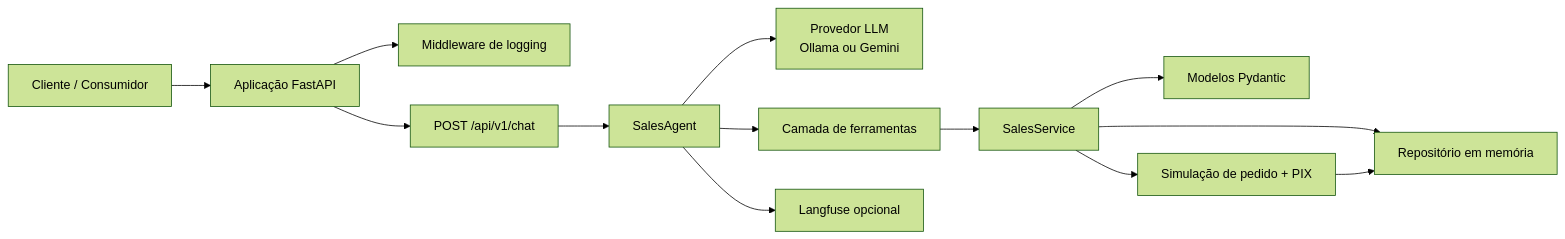
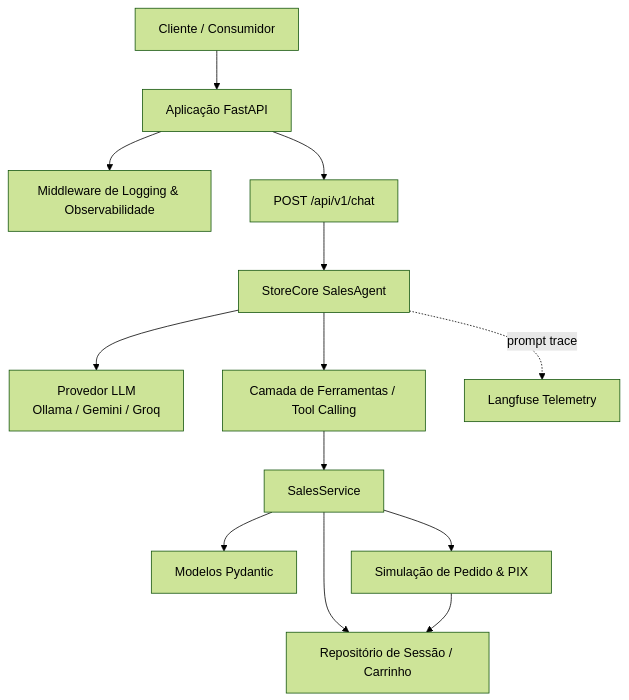
One commit to cayoesn/llm-sales-agent changed the diagram in README.md. Above: the diagram before and after it, drawn with Mermaid (forest theme). The commit also changed other lines of this file and 4 other files, not shown here.

First line of the commit message:
feat: initialize premium Conversational Commerce Sales Agent

````diff
--- a/README.md
+++ b/README.md
@@ -18,15 +30,15 @@
 ```mermaid
-flowchart LR
+flowchart TD
     Cliente[Cliente / Consumidor] --> API[Aplicação FastAPI]
-    API --> MW[Middleware de logging]
+    API --> MW[Middleware de Logging & Observabilidade]
     API --> Rota[POST /api/v1/chat]
-    Rota --> Agente[SalesAgent]
-    Agente --> Provedor[Provedor LLM<br/>Ollama ou Gemini]
-    Agente --> Ferramentas[Camada de ferramentas]
+    Rota --> Agente[StoreCore SalesAgent]
+    Agente --> Provedor[Provedor LLM <br/>Ollama / Gemini / Groq]
+    Agente --> Ferramentas[Camada de Ferramentas / Tool Calling]
     Ferramentas --> Serviço[SalesService]
-    Serviço --> Repo[Repositório em memória]
+    Serviço --> Repo[Repositório de Sessão / Carrinho]
     Serviço --> Modelos[Modelos Pydantic]
-    Agente --> Telemetria[Langfuse opcional]
-    Serviço --> Checkout[Simulação de pedido + PIX]
+    Agente -. prompt trace .-> Langfuse[Langfuse Telemetry]
+    Serviço --> Checkout[Simulação de Pedido & PIX]
     Checkout --> Repo
 ```
````
